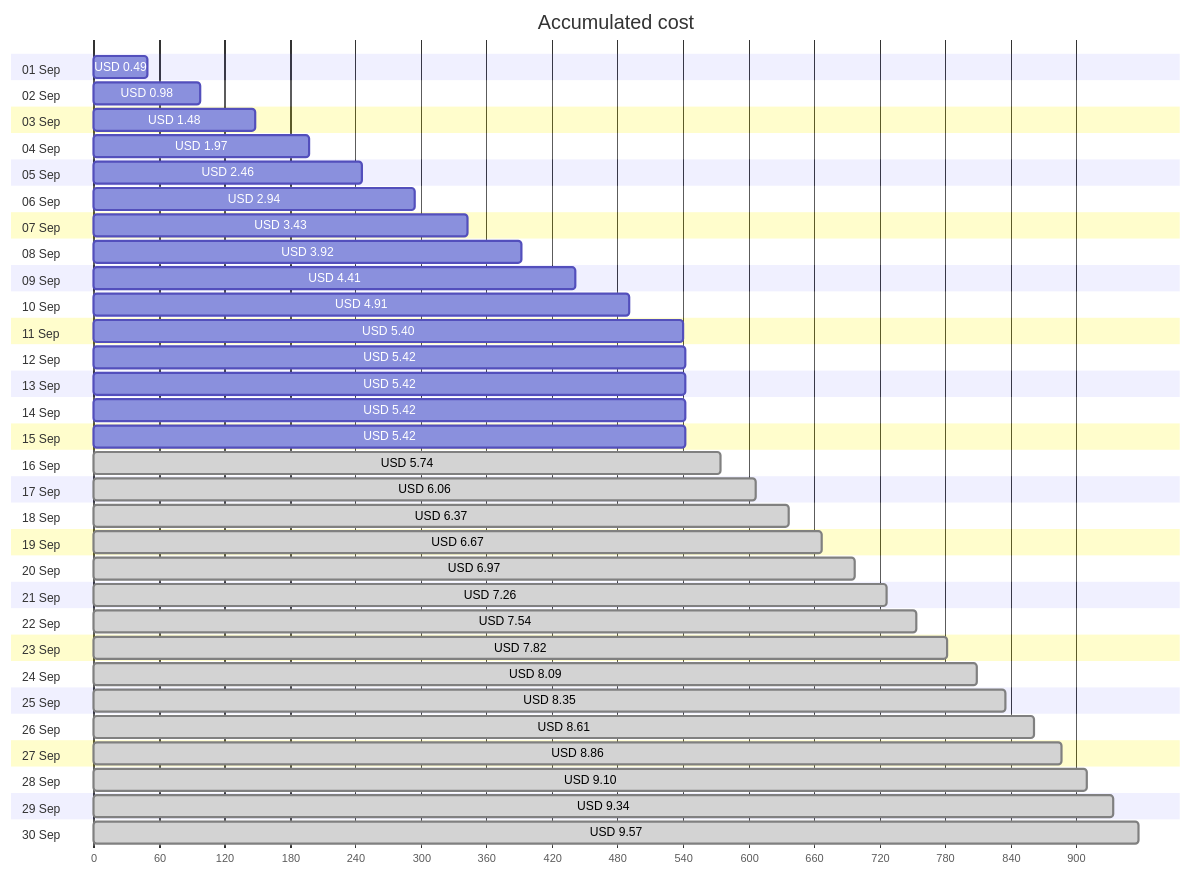
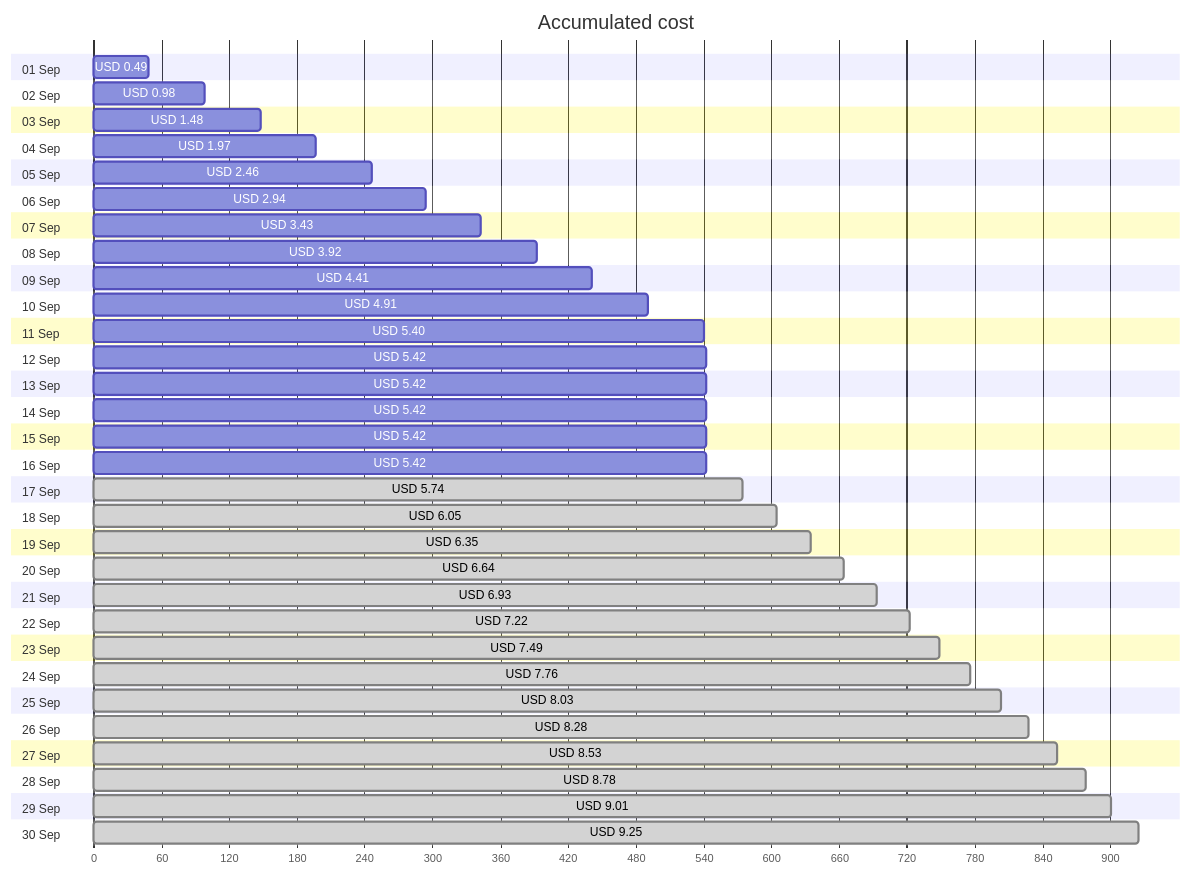
One commit to jpfulton/azure-personal-reports changed the first of 4 diagrams in cost-reports/personal-site/personalsiteapistorage.md. Above: the diagram before and after it, drawn with Mermaid. The commit also changed other lines of this file and 6 other files, not shown here.

````diff
--- a/cost-reports/personal-site/personalsiteapistorage.md
+++ b/cost-reports/personal-site/personalsiteapistorage.md
@@ -20,66 +20,66 @@
 ```mermaid
 gantt
    title Accumulated cost
    dateFormat  X
    axisFormat %s
    section 01 Sep
    USD 0.49 :0, 49
    section 02 Sep
    USD 0.98 :0, 98
    section 03 Sep
    USD 1.48 :0, 148
    section 04 Sep
    USD 1.97 :0, 197
    section 05 Sep
    USD 2.46 :0, 246
    section 06 Sep
    USD 2.94 :0, 294
    section 07 Sep
    USD 3.43 :0, 343
    section 08 Sep
    USD 3.92 :0, 392
    section 09 Sep
    USD 4.41 :0, 441
    section 10 Sep
    USD 4.91 :0, 491
    section 11 Sep
    USD 5.40 :0, 540
    section 12 Sep
    USD 5.42 :0, 542
    section 13 Sep
    USD 5.42 :0, 542
    section 14 Sep
    USD 5.42 :0, 542
    section 15 Sep
    USD 5.42 :0, 542
    section 16 Sep
+   USD 5.42 :0, 542
+   section 17 Sep
    USD 5.74 : done, 0, 574
-   section 17 Sep
-   USD 6.06 : done, 0, 606
    section 18 Sep
-   USD 6.37 : done, 0, 637
+   USD 6.05 : done, 0, 605
    section 19 Sep
-   USD 6.67 : done, 0, 667
+   USD 6.35 : done, 0, 635
    section 20 Sep
-   USD 6.97 : done, 0, 697
+   USD 6.64 : done, 0, 664
    section 21 Sep
-   USD 7.26 : done, 0, 726
+   USD 6.93 : done, 0, 693
    section 22 Sep
-   USD 7.54 : done, 0, 754
+   USD 7.22 : done, 0, 722
    section 23 Sep
-   USD 7.82 : done, 0, 782
+   USD 7.49 : done, 0, 749
    section 24 Sep
-   USD 8.09 : done, 0, 809
+   USD 7.76 : done, 0, 776
    section 25 Sep
-   USD 8.35 : done, 0, 835
+   USD 8.03 : done, 0, 803
    section 26 Sep
-   USD 8.61 : done, 0, 861
+   USD 8.28 : done, 0, 828
    section 27 Sep
-   USD 8.86 : done, 0, 886
+   USD 8.53 : done, 0, 853
    section 28 Sep
-   USD 9.10 : done, 0, 910
+   USD 8.78 : done, 0, 878
    section 29 Sep
-   USD 9.34 : done, 0, 934
+   USD 9.01 : done, 0, 901
    section 30 Sep
-   USD 9.57 : done, 0, 957
+   USD 9.25 : done, 0, 925
 ```
````
